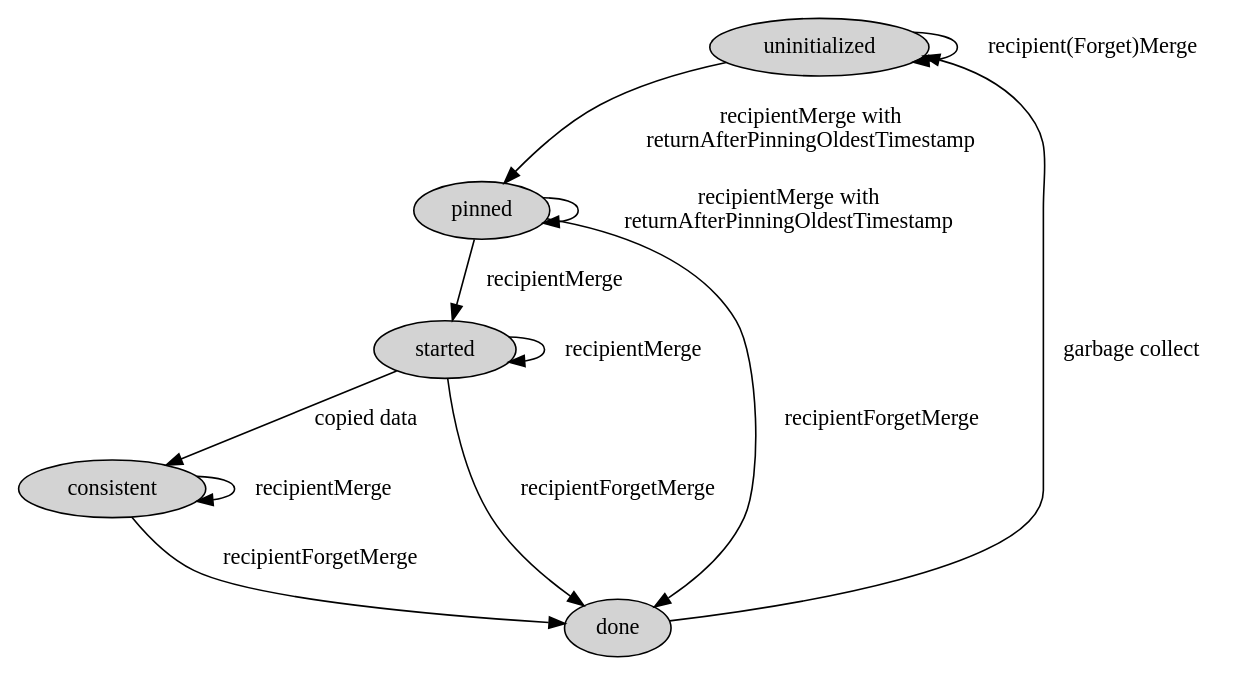
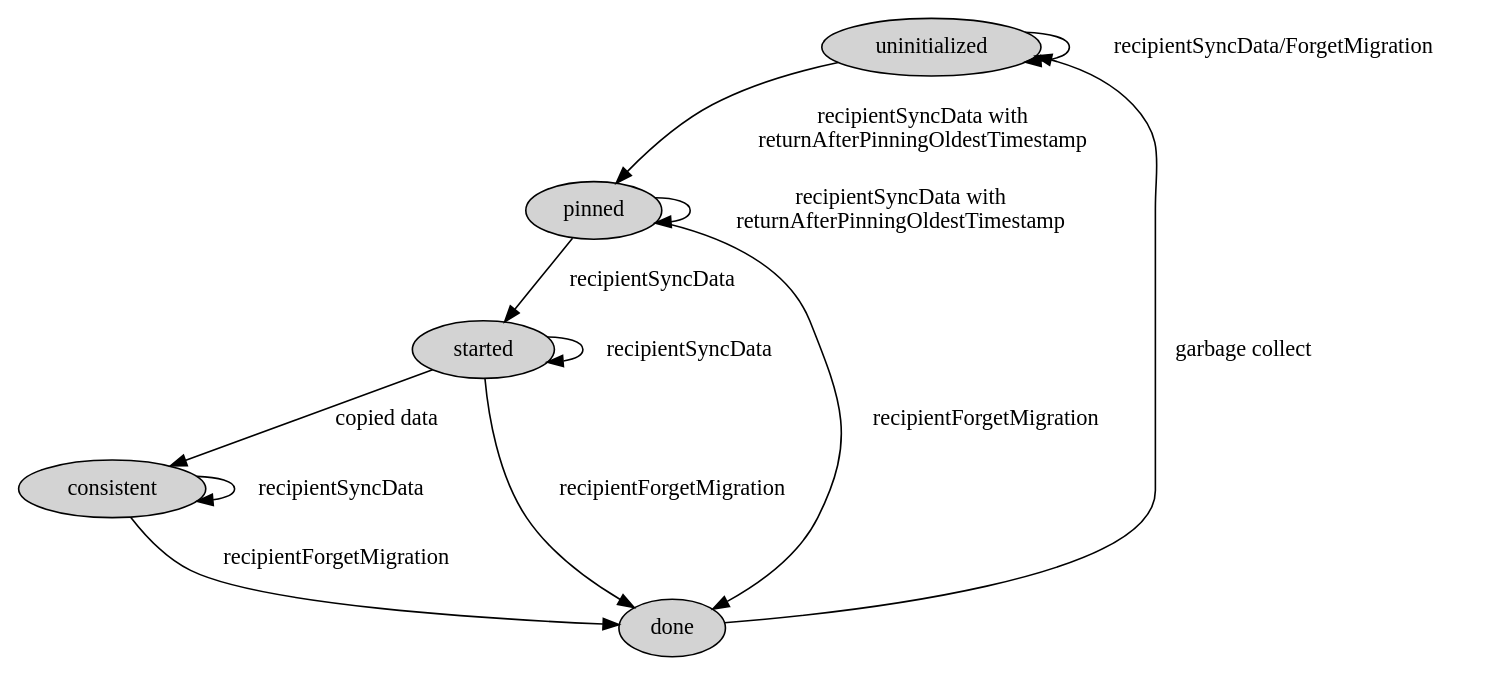
One commit to ajdavis/begin-implementing-merge changed the diagram in merge-recipient.dot. Above: the diagram before and after it, drawn with Graphviz. The commit also changed 1 other file, not shown here.

Commit message:
Merge uses same states as MT Migrations

```diff
--- a/merge-recipient.dot
+++ b/merge-recipient.dot
@@ -1,19 +1,19 @@
 digraph G {
 	node [style=filled];
     b0 [label="uninitialized"];
     b5 [label="pinned"];
     b1 [label="started"];
     b2 [label="consistent"];
     b4 [label="done"];
-    b0 -> b0 [label="recipient(Forget)Merge"];
-    b0 -> b5 [label="recipientMerge with\nreturnAfterPinningOldestTimestamp"];
-    b5 -> b1 [label="recipientMerge"];
-    b5 -> b4 [label="recipientForgetMerge"];
-    b5 -> b5 [label="recipientMerge with\nreturnAfterPinningOldestTimestamp"];
+    b0 -> b0 [label="recipientSyncData/ForgetMigration"];
+    b0 -> b5 [label="recipientSyncData with\nreturnAfterPinningOldestTimestamp"];
+    b5 -> b1 [label="recipientSyncData"];
+    b5 -> b4 [label="recipientForgetMigration"];
+    b5 -> b5 [label="recipientSyncData with\nreturnAfterPinningOldestTimestamp"];
     b1 -> b2 [label="copied data"];
-    b1 -> b1 [label="recipientMerge"];
-    b1 -> b4 [label="recipientForgetMerge"];
-    b2 -> b2 [label="recipientMerge"];
-    b2 -> b4 [label="recipientForgetMerge"];
+    b1 -> b1 [label="recipientSyncData"];
+    b1 -> b4 [label="recipientForgetMigration"];
+    b2 -> b2 [label="recipientSyncData"];
+    b2 -> b4 [label="recipientForgetMigration"];
     b4 -> b0 [label="garbage collect"];
 }
```
